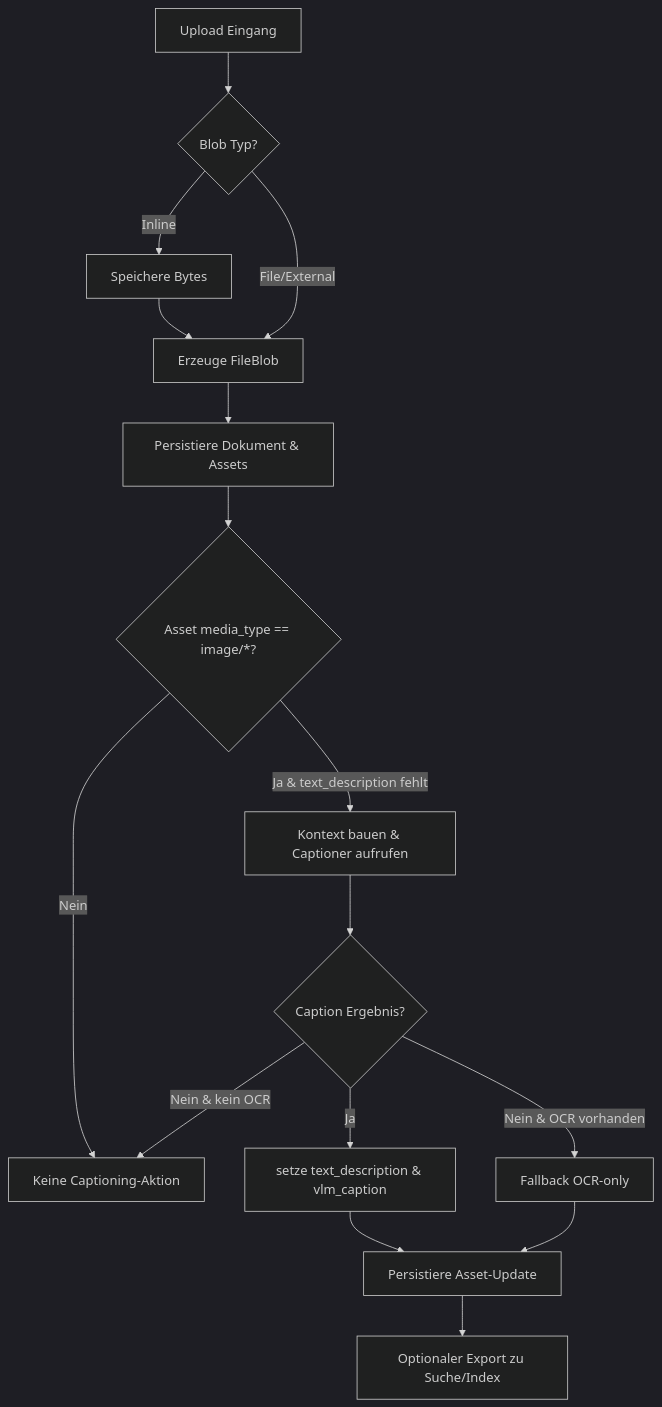
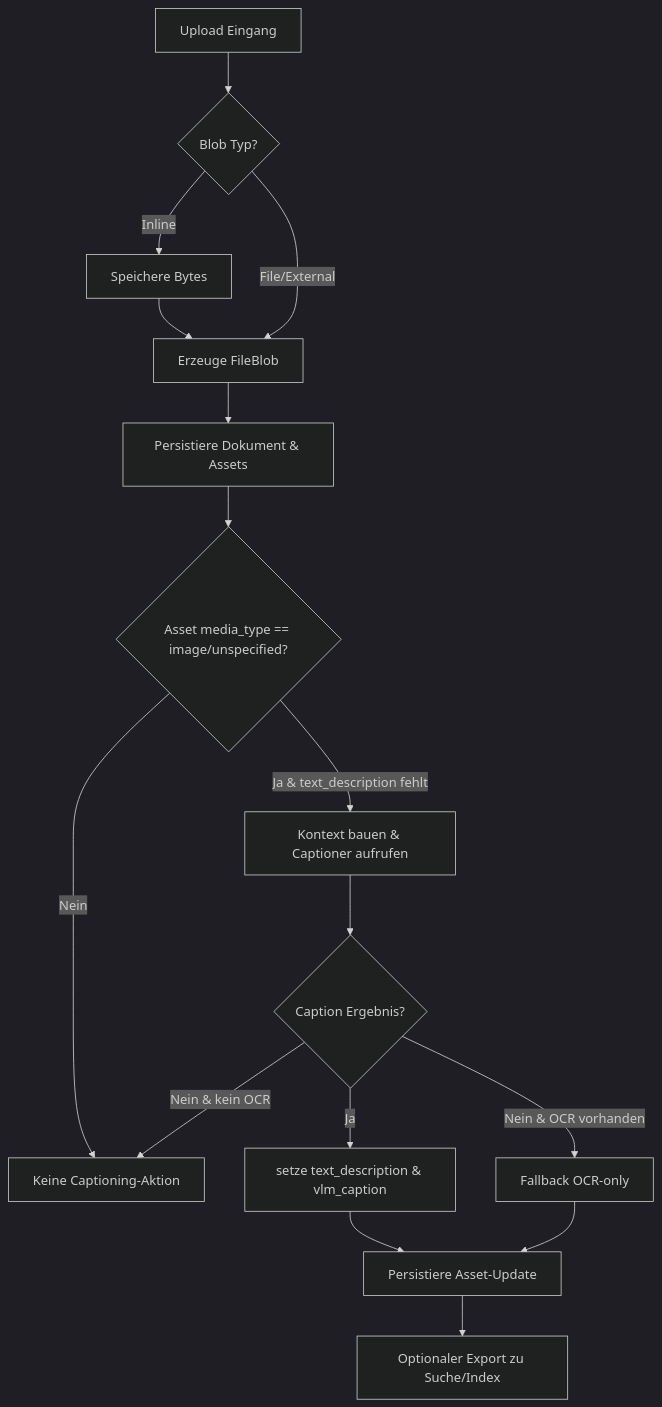
Before and after one commit to fraven01/NOESIS-2: the second of 2 diagrams in docs/architektur/documents-subsystem.md, drawn with Mermaid (dark theme). The commit also changed 5 other files, not shown here.

````diff
--- a/docs/architektur/documents-subsystem.md
+++ b/docs/architektur/documents-subsystem.md
@@ -36,18 +36,18 @@
 ```mermaid
 flowchart TD
     A[Upload Eingang] --> B{Blob Typ?}
     B -- Inline --> C[Speichere Bytes]
     C --> D[Erzeuge FileBlob]
     B -- File/External --> D
     D --> E[Persistiere Dokument & Assets]
-    E --> F{Asset media_type == image/*?}
+    E --> F{Asset media_type == image/unspecified?}
     F -- Nein --> G[Keine Captioning-Aktion]
     F -- Ja & text_description fehlt --> H[Kontext bauen & Captioner aufrufen]
     H --> I{Caption Ergebnis?}
     I -- Ja --> J[setze text_description & vlm_caption]
     I -- Nein & OCR vorhanden --> K[Fallback OCR-only]
     I -- Nein & kein OCR --> G
     J --> L[Persistiere Asset-Update]
     K --> L
     L --> M[Optionaler Export zu Suche/Index]
 ```
````
